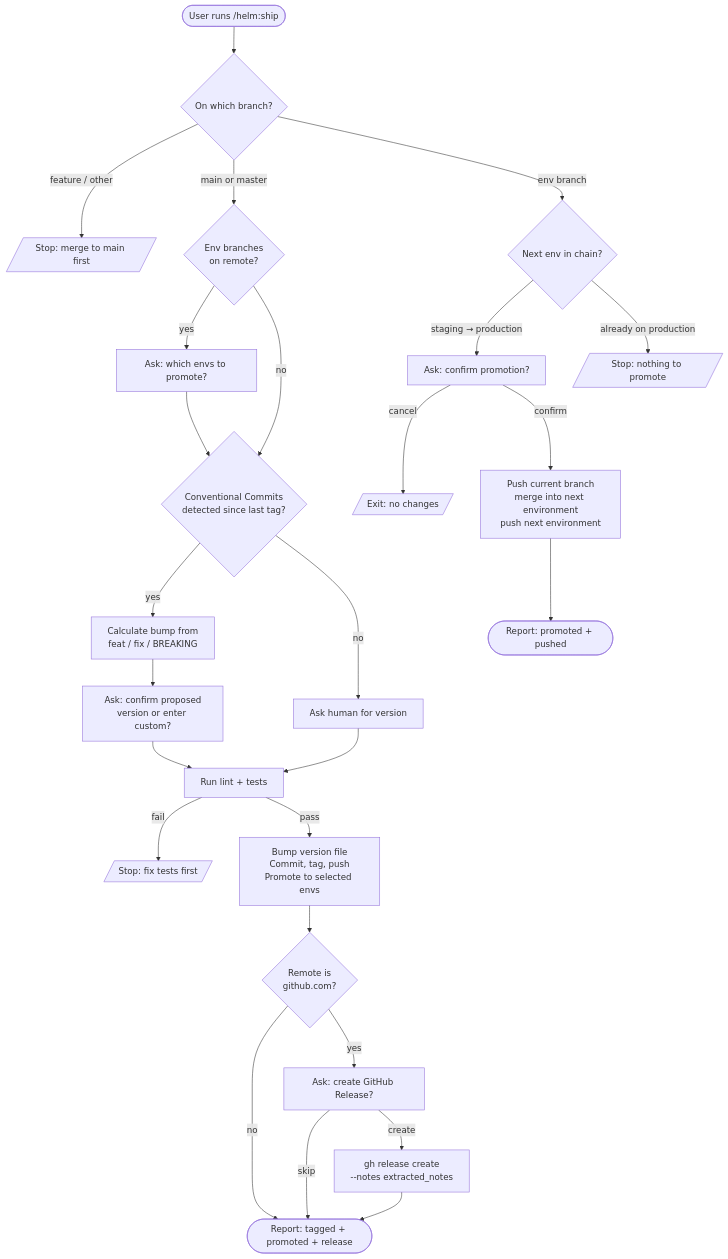
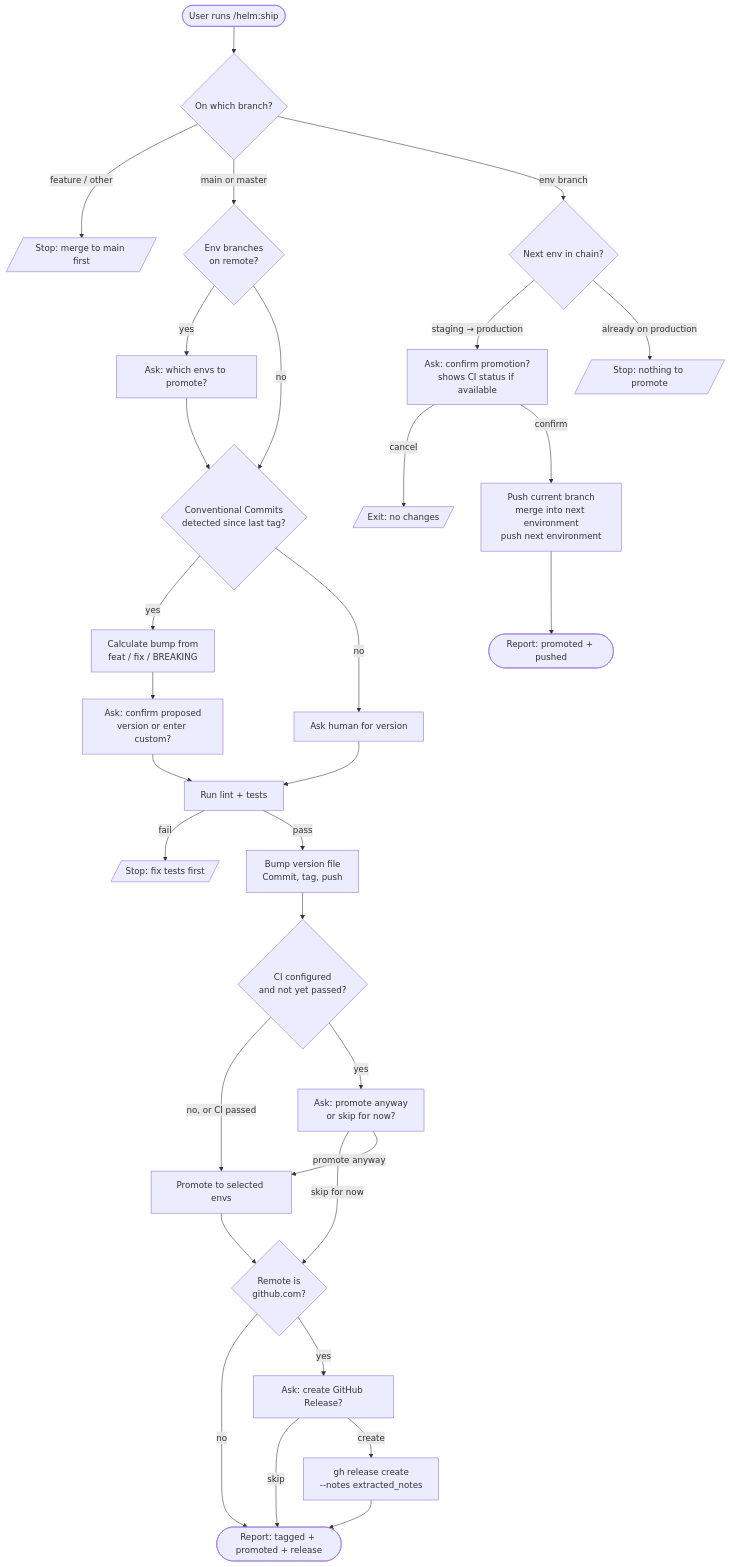
The diagram in docs/commands/ship.md (myowinthein/agent-helm), drawn with Mermaid before and after one commit. The commit also changed other lines of this file and 1 other file, not shown here.

Commit message:
feat(ship): gate environment promotion on CI status
git.md's Environment Branches rule states "if CI is configured, it
must pass before promoting to next environment" — unimplemented
anywhere in ship.md. Both Step 4 (main → environment) and Step 5
(environment → next environment) merged and pushed immediately after
user confirmation, with no CI-status check at all.

Added a check via gh run list before promoting in both steps: skipped
silently if the repo isn't on GitHub or no CI is configured, proceeds
silently if the latest run succeeded, and asks before proceeding
otherwise (queued, in progress, failed, or no run found yet). Step 4
gets its own conditional gate, since promotion there isn't otherwise
confirmed separately from the rest of the release. Step 5 already had
a confirmation prompt (added earlier this session), so the CI result
is folded into that same question instead of asking twice.

````diff
--- a/docs/commands/ship.md
+++ b/docs/commands/ship.md
@@ -13,32 +13,37 @@
 ```mermaid
 flowchart TD
   Start([User runs /helm:ship]) --> Branch{On which branch?}
   Branch -->|feature / other| FeatStop[/Stop: merge to main first/]
   Branch -->|main or master| Targets{Env branches<br/>on remote?}
   Branch -->|env branch| EnvNext{Next env in chain?}
 
   Targets -->|yes| Pick[Ask: which envs to promote?]
   Targets -->|no| CC
   Pick --> CC{Conventional Commits<br/>detected since last tag?}
 
   CC -->|yes| Calc[Calculate bump from<br/>feat / fix / BREAKING]
   CC -->|no| AskVersion[Ask human for version]
   Calc --> Confirm[Ask: confirm proposed<br/>version or enter custom?]
   Confirm --> Tests
   AskVersion --> Tests
 
   Tests[Run lint + tests] -->|fail| TestStop[/Stop: fix tests first/]
-  Tests -->|pass| Release[Bump version file<br/>Commit, tag, push<br/>Promote to selected envs]
-  Release --> GHCheck{Remote is<br/>github.com?}
+  Tests -->|pass| Release[Bump version file<br/>Commit, tag, push]
+  Release --> CICheck{CI configured<br/>and not yet passed?}
+  CICheck -->|no, or CI passed| Promote[Promote to selected envs]
+  CICheck -->|yes| CIAsk[Ask: promote anyway<br/>or skip for now?]
+  CIAsk -->|skip for now| GHCheck
+  CIAsk -->|promote anyway| Promote
+  Promote --> GHCheck{Remote is<br/>github.com?}
   GHCheck -->|no| MainDone
   GHCheck -->|yes| GHConfirm[Ask: create GitHub Release?]
   GHConfirm -->|skip| MainDone
   GHConfirm -->|create| GHRelease[gh release create<br/>--notes extracted_notes]
   GHRelease --> MainDone([Report: tagged + promoted + release])
 
-  EnvNext -->|staging → production| EnvConfirm[Ask: confirm promotion?]
+  EnvNext -->|staging → production| EnvConfirm[Ask: confirm promotion?<br/>shows CI status if available]
   EnvNext -->|already on production| EnvStop[/Stop: nothing to promote/]
   EnvConfirm -->|cancel| EnvCancelExit[/Exit: no changes/]
   EnvConfirm -->|confirm| EnvMerge[Push current branch<br/>merge into next environment<br/>push next environment]
   EnvMerge --> EnvDone([Report: promoted + pushed])
 ```
````
